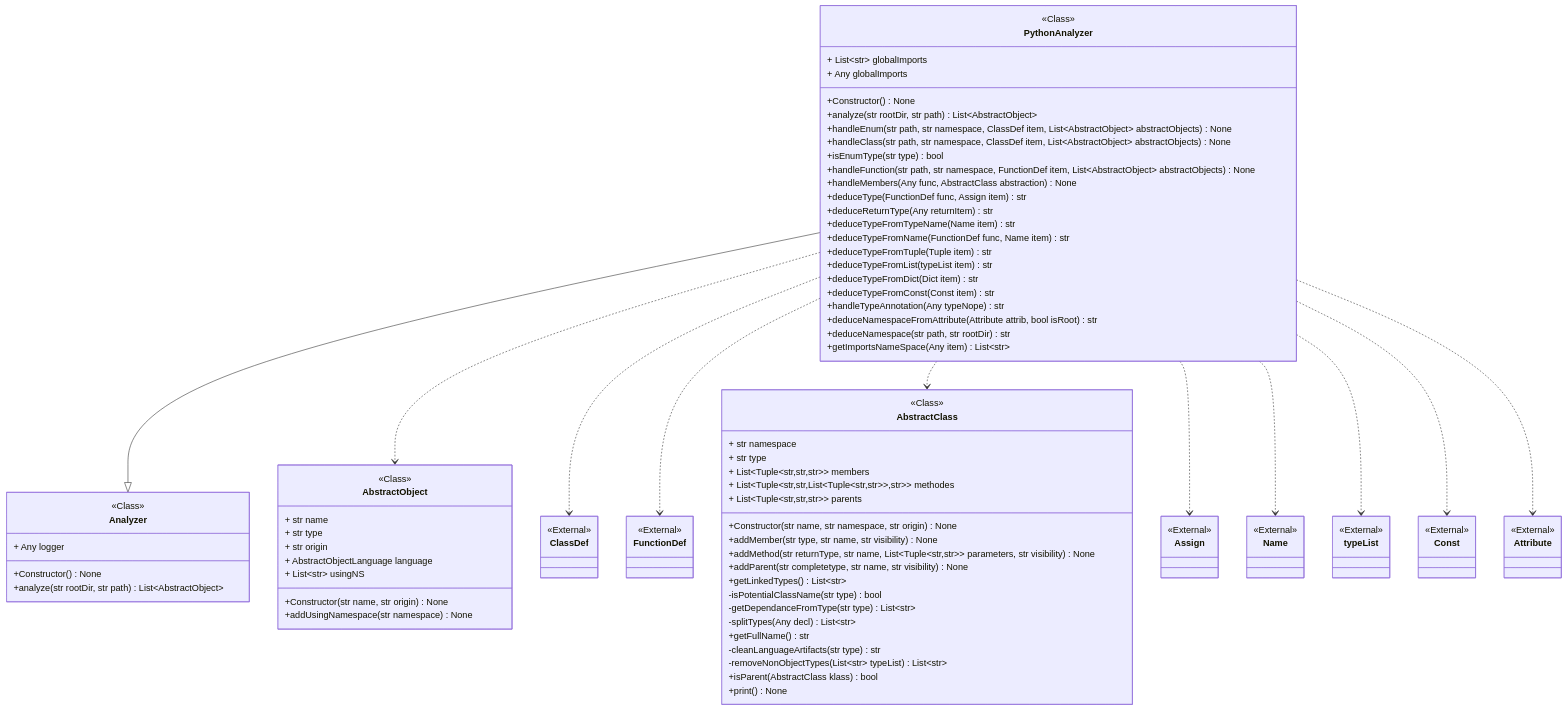
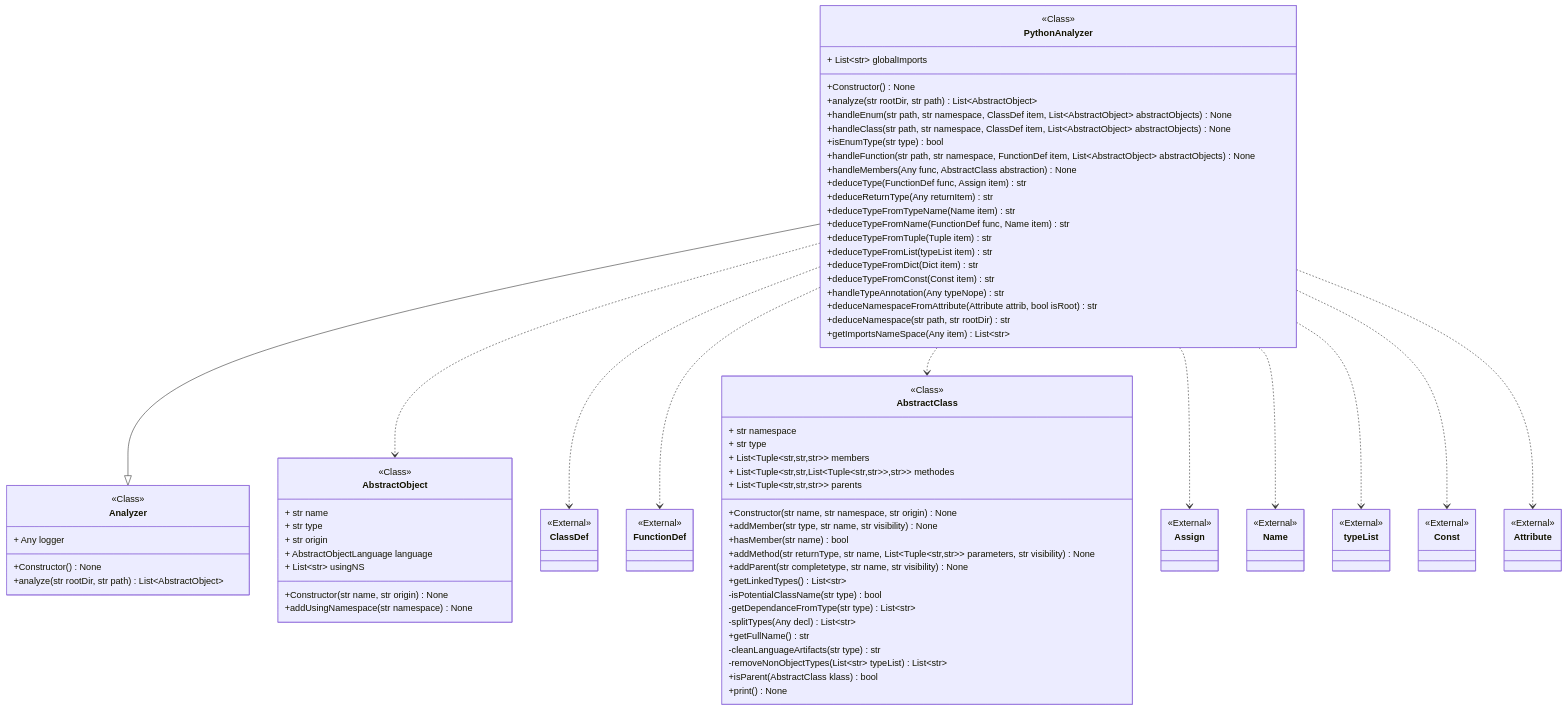
Before and after one commit to miong/pycodeanalyzer: the diagram in docs/source/code/diagrams/pycodeanalyzer_core_languages_analyzers_pythonanalyzer_PythonAnalyzer.mmd, drawn with Mermaid. The commit also changed 17 other files, not shown here.

```diff
--- a/docs/source/code/diagrams/pycodeanalyzer_core_languages_analyzers_pythonanalyzer_PythonAnalyzer.mmd
+++ b/docs/source/code/diagrams/pycodeanalyzer_core_languages_analyzers_pythonanalyzer_PythonAnalyzer.mmd
@@ -1,89 +1,89 @@
 classDiagram
 class PythonAnalyzer {
 <<Class>>
 + List~str~ globalImports
-+ Any globalImports
 +Constructor() None
 +analyze(str rootDir, str path) List~AbstractObject~
 +handleEnum(str path, str namespace, ClassDef item, List~AbstractObject~ abstractObjects) None
 +handleClass(str path, str namespace, ClassDef item, List~AbstractObject~ abstractObjects) None
 +isEnumType(str type) bool
 +handleFunction(str path, str namespace, FunctionDef item, List~AbstractObject~ abstractObjects) None
 +handleMembers(Any func, AbstractClass abstraction) None
 +deduceType(FunctionDef func, Assign item) str
 +deduceReturnType(Any returnItem) str
 +deduceTypeFromTypeName(Name item) str
 +deduceTypeFromName(FunctionDef func, Name item) str
 +deduceTypeFromTuple(Tuple item) str
 +deduceTypeFromList(typeList item) str
 +deduceTypeFromDict(Dict item) str
 +deduceTypeFromConst(Const item) str
 +handleTypeAnnotation(Any typeNope) str
 +deduceNamespaceFromAttribute(Attribute attrib, bool isRoot) str
 +deduceNamespace(str path, str rootDir) str
 +getImportsNameSpace(Any item) List~str~
 }
 class Analyzer {
 <<Class>>
 + Any logger
 +Constructor() None
 +analyze(str rootDir, str path) List~AbstractObject~
 }
 link Analyzer "class££pycodeanalyzer::core::languages::analyzer::Analyzer"
 class AbstractObject {
 <<Class>>
 + str name
 + str type
 + str origin
 + AbstractObjectLanguage language
 + List~str~ usingNS
 +Constructor(str name, str origin) None
 +addUsingNamespace(str namespace) None
 }
 link AbstractObject "class££pycodeanalyzer::core::abstraction::objects::AbstractObject"
 class ClassDef
 <<External>> ClassDef
 class FunctionDef
 <<External>> FunctionDef
 class AbstractClass {
 <<Class>>
 + str namespace
 + str type
 + List&lt;Tuple&lt;str,str,str&gt;&gt; members
 + List&lt;Tuple&lt;str,str,List&lt;Tuple&lt;str,str&gt;&gt;,str&gt;&gt; methodes
 + List&lt;Tuple&lt;str,str,str&gt;&gt; parents
 +Constructor(str name, str namespace, str origin) None
 +addMember(str type, str name, str visibility) None
++hasMember(str name) bool
 +addMethod(str returnType, str name, List&lt;Tuple&lt;str,str&gt;&gt; parameters, str visibility) None
 +addParent(str completetype, str name, str visibility) None
 +getLinkedTypes() List~str~
 -isPotentialClassName(str type) bool
 -getDependanceFromType(str type) List~str~
 -splitTypes(Any decl) List~str~
 +getFullName() str
 -cleanLanguageArtifacts(str type) str
 -removeNonObjectTypes(List~str~ typeList) List~str~
 +isParent(AbstractClass klass) bool
 +print() None
 }
 link AbstractClass "class££pycodeanalyzer::core::abstraction::objects::AbstractClass"
 class Assign
 <<External>> Assign
 class Name
 <<External>> Name
 class typeList
 <<External>> typeList
 class Const
 <<External>> Const
 class Attribute
 <<External>> Attribute
 PythonAnalyzer --|> Analyzer
 PythonAnalyzer ..> AbstractObject
 PythonAnalyzer ..> ClassDef
 PythonAnalyzer ..> FunctionDef
 PythonAnalyzer ..> AbstractClass
 PythonAnalyzer ..> Assign
 PythonAnalyzer ..> Name
 PythonAnalyzer ..> typeList
 PythonAnalyzer ..> Const
 PythonAnalyzer ..> Attribute
```
